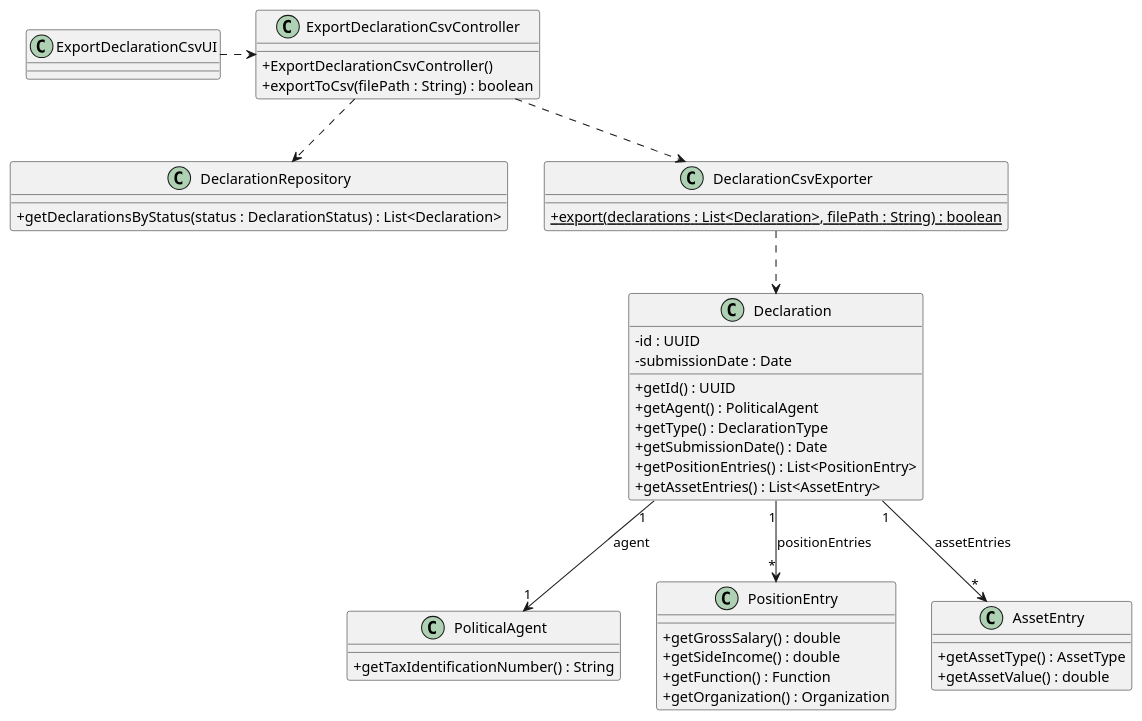
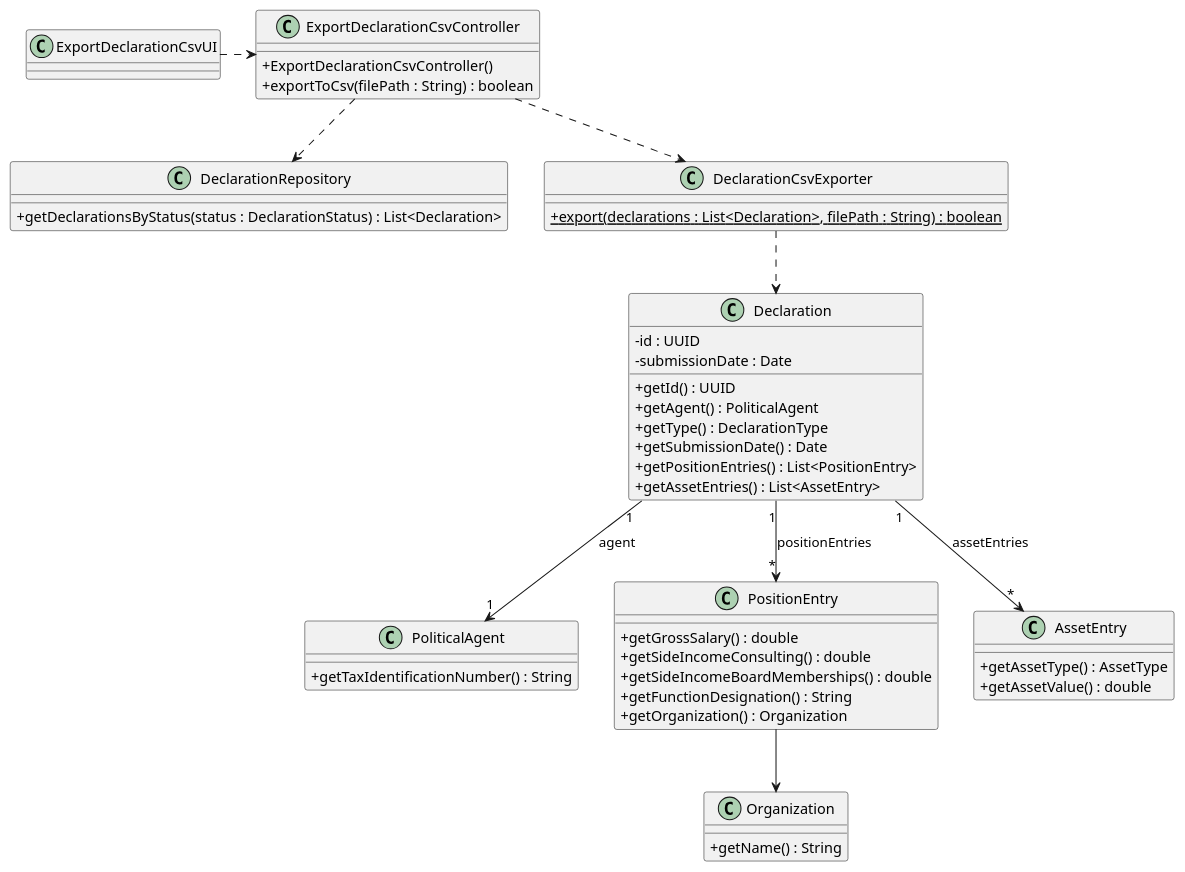
The diagram in docs/system-documentation/US24/03.design/puml/US24-CD.puml (brunodspinto/crystal-clear-platform), drawn with PlantUML before and after one commit. The commit also changed 1 other file, not shown here.

```diff
--- a/docs/system-documentation/US24/03.design/puml/US24-CD.puml
+++ b/docs/system-documentation/US24/03.design/puml/US24-CD.puml
@@ -1,58 +1,64 @@
 @startuml US24-CD
 skinparam packageStyle rectangle
 skinparam shadowing false
 skinparam linetype polyline
 skinparam classAttributeIconSize 0
 
 class ExportDeclarationCsvUI {
 }
 
 class ExportDeclarationCsvController {
     + ExportDeclarationCsvController()
     + exportToCsv(filePath : String) : boolean
 }
 
 class DeclarationRepository {
     + getDeclarationsByStatus(status : DeclarationStatus) : List<Declaration>
 }
 
 class DeclarationCsvExporter {
     + {static} export(declarations : List<Declaration>, filePath : String) : boolean
 }
 
 class Declaration {
     - id : UUID
     - submissionDate : Date
     + getId() : UUID
     + getAgent() : PoliticalAgent
     + getType() : DeclarationType
     + getSubmissionDate() : Date
     + getPositionEntries() : List<PositionEntry>
     + getAssetEntries() : List<AssetEntry>
 }
 
 class PoliticalAgent {
     + getTaxIdentificationNumber() : String
 }
 
 class PositionEntry {
     + getGrossSalary() : double
-    + getSideIncome() : double
-    + getFunction() : Function
+    + getSideIncomeConsulting() : double
+    + getSideIncomeBoardMemberships() : double
+    + getFunctionDesignation() : String
     + getOrganization() : Organization
+}
+
+class Organization {
+    + getName() : String
 }
 
 class AssetEntry {
     + getAssetType() : AssetType
     + getAssetValue() : double
 }
 
 ExportDeclarationCsvUI .> ExportDeclarationCsvController
 ExportDeclarationCsvController ..> DeclarationRepository
 ExportDeclarationCsvController ..> DeclarationCsvExporter
 DeclarationCsvExporter ..> Declaration
 Declaration "1" --> "1" PoliticalAgent : agent
 Declaration "1" --> "*" PositionEntry : positionEntries
 Declaration "1" --> "*" AssetEntry : assetEntries
+PositionEntry --> Organization
 
 @enduml
```
